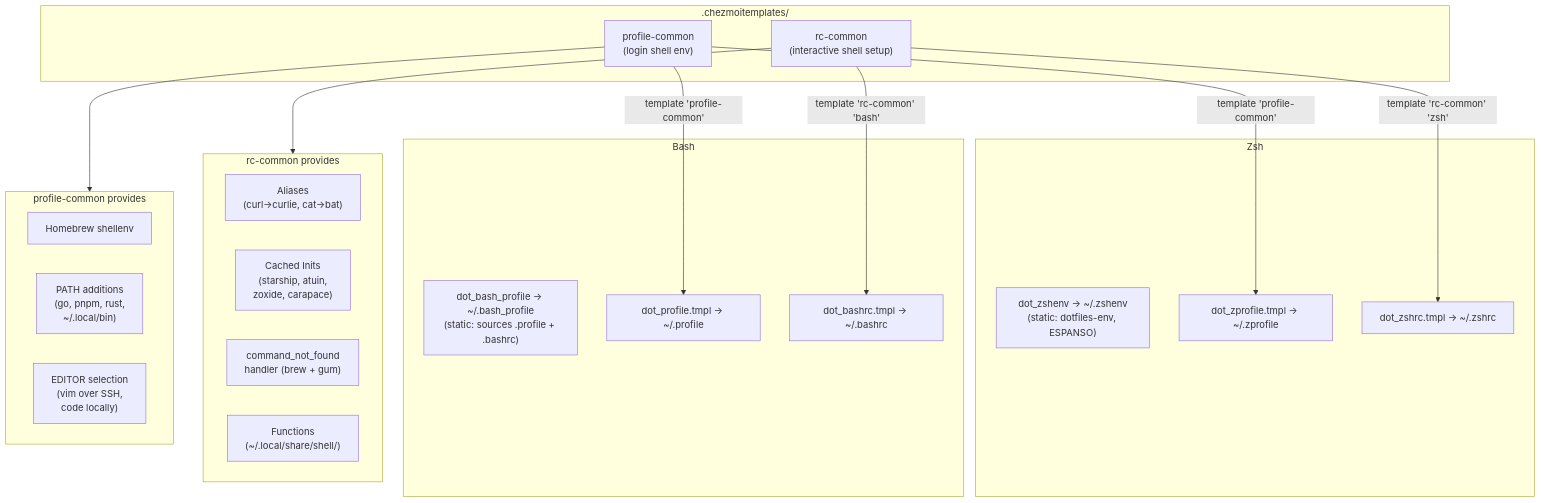
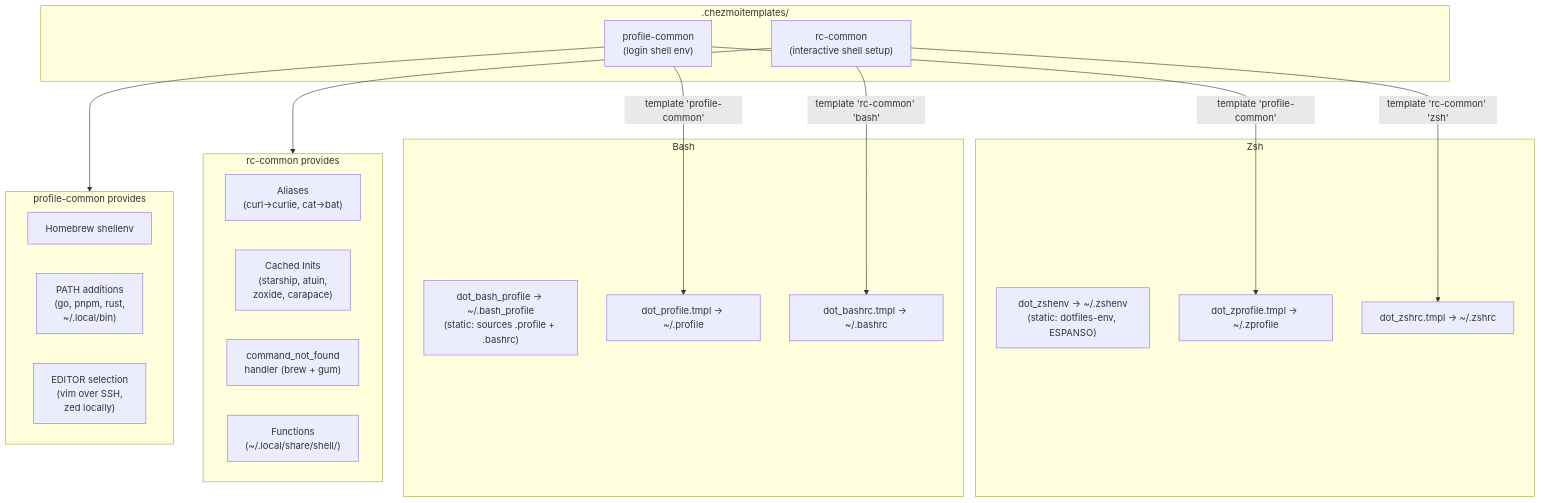
Before and after one commit to gillisandrew/dotfiles: the diagram in docs/diagrams/05-shell-config.md, drawn with Mermaid. The commit also changed 5 other files, not shown here.

Commit message:
brew: drop Excel and VS Code; switch editor to Zed

````diff
--- a/docs/diagrams/05-shell-config.md
+++ b/docs/diagrams/05-shell-config.md
@@ -5,42 +5,42 @@
 ```mermaid
 flowchart TD
     subgraph templates [".chezmoitemplates/"]
         PC["profile-common<br/>(login shell env)"]
         RC["rc-common<br/>(interactive shell setup)"]
     end
 
     subgraph zsh ["Zsh"]
         ZE["dot_zshenv → ~/.zshenv<br/>(static: dotfiles-env, ESPANSO)"]
         ZP["dot_zprofile.tmpl → ~/.zprofile"]
         ZR["dot_zshrc.tmpl → ~/.zshrc"]
     end
 
     subgraph bash ["Bash"]
         BP["dot_bash_profile → ~/.bash_profile<br/>(static: sources .profile + .bashrc)"]
         PR["dot_profile.tmpl → ~/.profile"]
         BR["dot_bashrc.tmpl → ~/.bashrc"]
     end
 
     PC -->|"template 'profile-common'"| ZP
     PC -->|"template 'profile-common'"| PR
     RC -->|"template 'rc-common' 'zsh'"| ZR
     RC -->|"template 'rc-common' 'bash'"| BR
 
     subgraph rc_provides ["rc-common provides"]
         direction LR
         AL["Aliases<br/>(curl→curlie, cat→bat)"]
         CI["Cached Inits<br/>(starship, atuin,<br/>zoxide, carapace)"]
         CN["command_not_found<br/>handler (brew + gum)"]
         FF["Functions<br/>(~/.local/share/shell/)"]
     end
 
     subgraph pc_provides ["profile-common provides"]
         direction LR
         HB["Homebrew shellenv"]
         PA["PATH additions<br/>(go, pnpm, rust,<br/>~/.local/bin)"]
-        ED["EDITOR selection<br/>(vim over SSH,<br/>code locally)"]
+        ED["EDITOR selection<br/>(vim over SSH,<br/>zed locally)"]
     end
 
     RC --> rc_provides
     PC --> pc_provides
 ```
````
